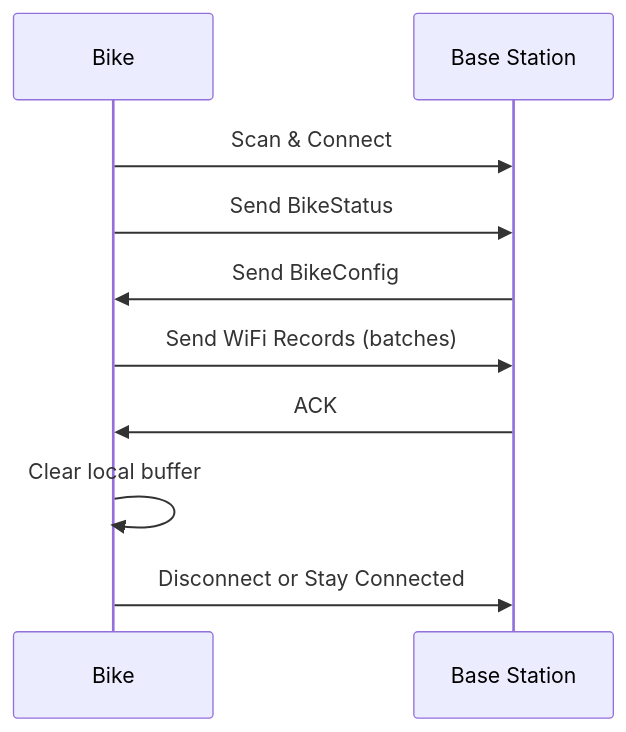
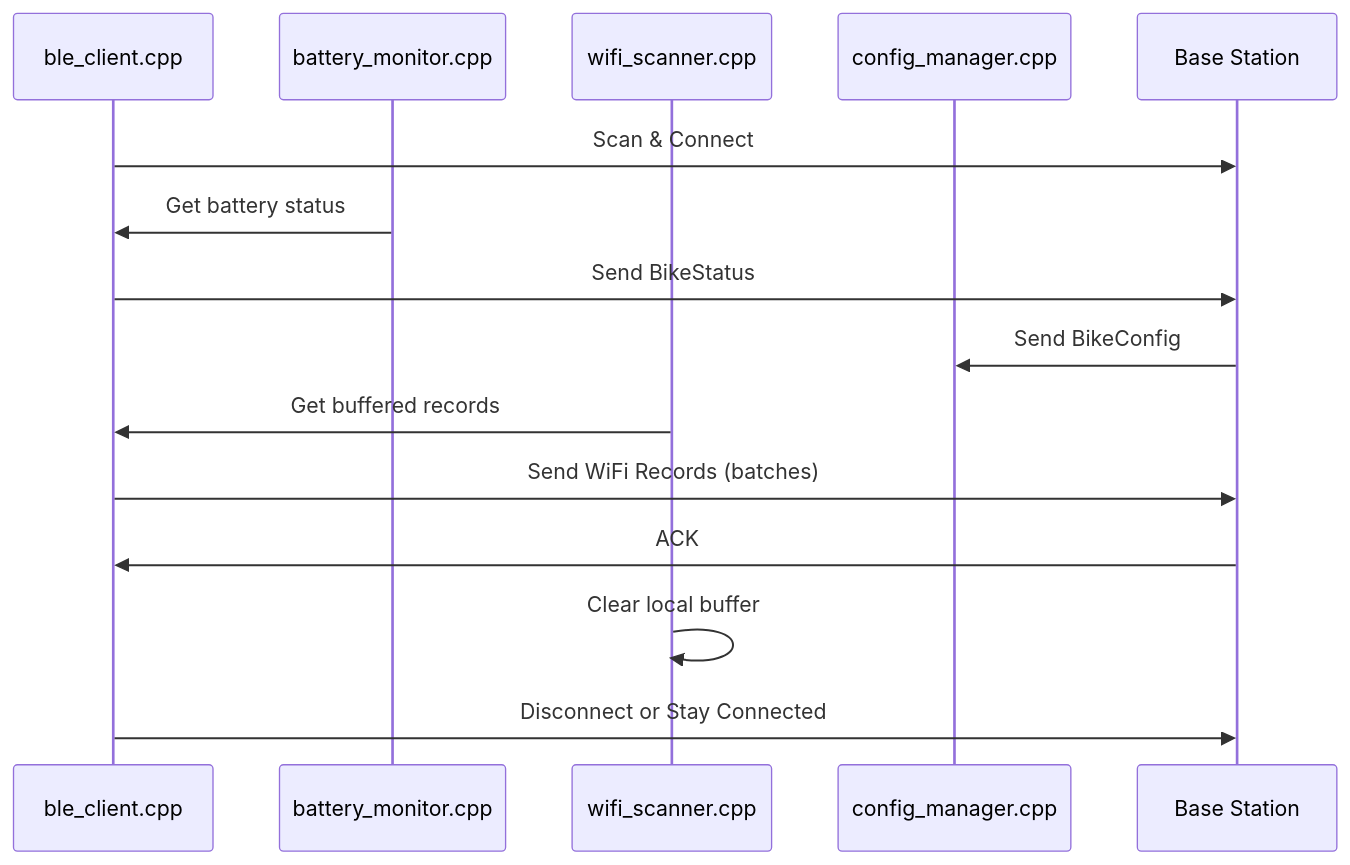
Before and after one commit to Ameciclo/bpr-sistema: the seventh of 10 diagrams in firmware/bike/SYSTEM_FLOW.md, drawn with Mermaid. The commit also changed other lines of this file and 49 other files, not shown here.

````diff
--- a/firmware/bike/SYSTEM_FLOW.md
+++ b/firmware/bike/SYSTEM_FLOW.md
@@ -147,13 +163,18 @@
 ```mermaid
 sequenceDiagram
-    participant B as Bike
+    participant BLE as ble_client.cpp
+    participant BAT as battery_monitor.cpp
+    participant WIFI as wifi_scanner.cpp
+    participant CFG as config_manager.cpp
     participant Base as Base Station
     
-    B->>Base: Scan & Connect
-    B->>Base: Send BikeStatus
-    Base->>B: Send BikeConfig
-    B->>Base: Send WiFi Records (batches)
-    Base->>B: ACK
-    B->>B: Clear local buffer
-    B->>Base: Disconnect or Stay Connected
+    BLE->>Base: Scan & Connect
+    BAT->>BLE: Get battery status
+    BLE->>Base: Send BikeStatus
+    Base->>CFG: Send BikeConfig
+    WIFI->>BLE: Get buffered records
+    BLE->>Base: Send WiFi Records (batches)
+    Base->>BLE: ACK
+    WIFI->>WIFI: Clear local buffer
+    BLE->>Base: Disconnect or Stay Connected
 ```
````
